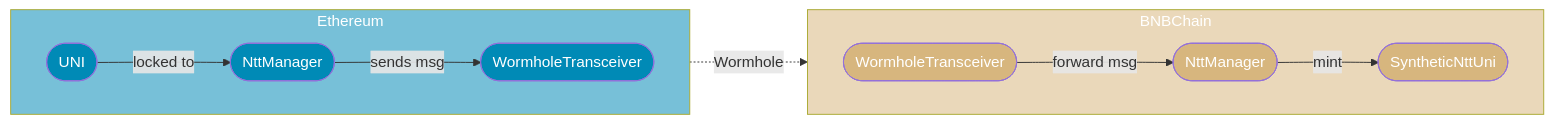
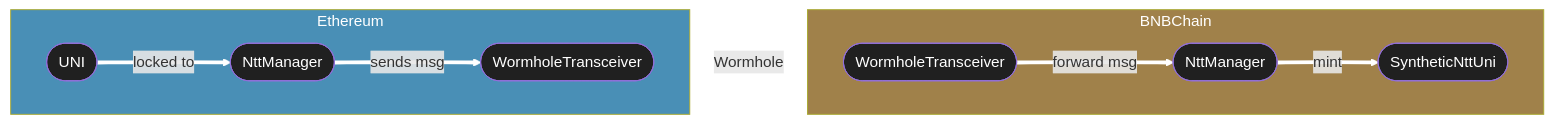
The second of 7 diagrams in script/proposal-4/Index.md (Uniswap/protocol-fees), drawn with Mermaid before and after one commit. The commit also changed other lines of this file, not shown here.

````diff
--- a/script/proposal-4/Index.md
+++ b/script/proposal-4/Index.md
@@ -113,28 +115,31 @@
 ```mermaid
 flowchart LR
-    ETH_WT([WormholeTransceiver]):::on_eth
-    ETH_NTT([NttManager]):::on_eth
-    ETH_UNI([UNI]):::on_eth
-    BNB_WT([WormholeTransceiver]):::on_bnb
-    BNB_NTT([NttManager]):::on_bnb
-    BNB_UNI([SyntheticNttUni]):::on_bnb
+    ETH_WT([WormholeTransceiver])
+    ETH_NTT([NttManager])
+    ETH_UNI([UNI])
+    BNB_WT([WormholeTransceiver])
+    BNB_NTT([NttManager])
+    BNB_UNI([SyntheticNttUni])
 
     subgraph Ethereum
         direction LR
         ETH_UNI -->|locked to| ETH_NTT
         ETH_NTT -->|sends msg| ETH_WT
     end
 
-    Ethereum:::eth -.->|Wormhole| BNBChain:::bnb
+    Ethereum -.->|Wormhole| BNBChain
 
     subgraph BNBChain
         direction LR
         BNB_WT -->|forward msg| BNB_NTT
         BNB_NTT -->|mint| BNB_UNI
     end
 
-    classDef bnb fill:#d7b67e88,color:#fff
-    classDef on_bnb fill:#d7b67e,color:#fff
-    classDef eth fill:#008ab688,color:#fff
-    classDef on_eth fill:#008ab6,color:#fff
+    Ethereum:::on_eth
+    BNBChain:::on_bnb
+
+    linkStyle default stroke:#fff,stroke-width:4px
+    classDef default fill:#202020,color:#fff
+    classDef on_bnb fill:#a0814a,color:#fff
+    classDef on_eth fill:#498fb6,color:#fff
 ```
````
